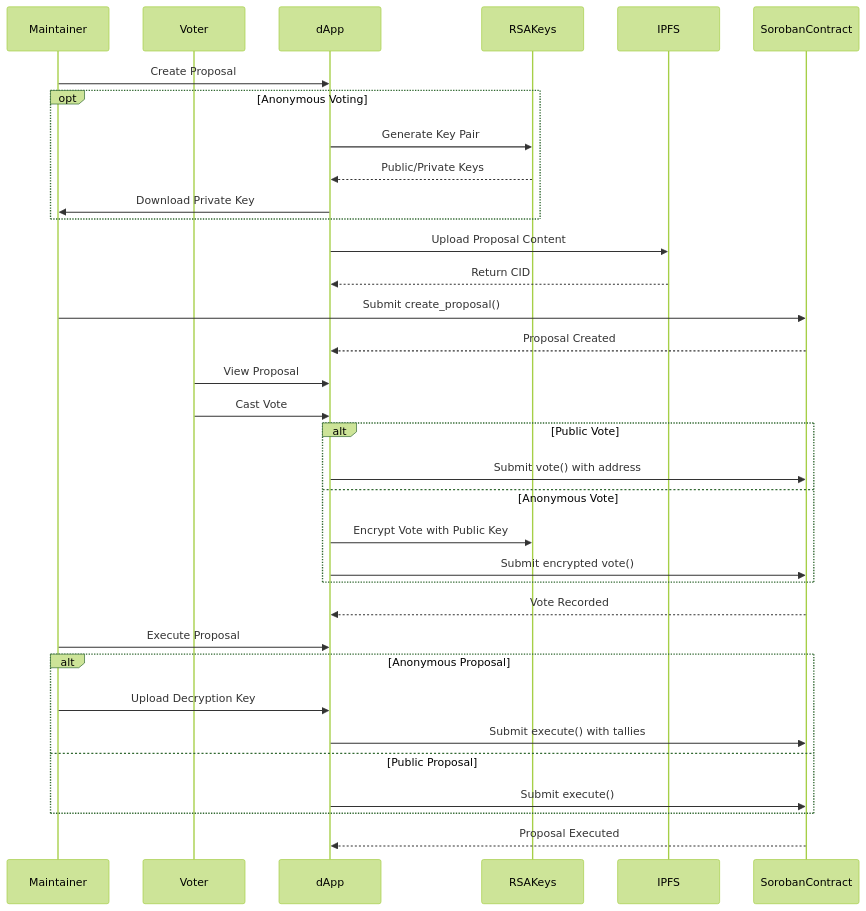
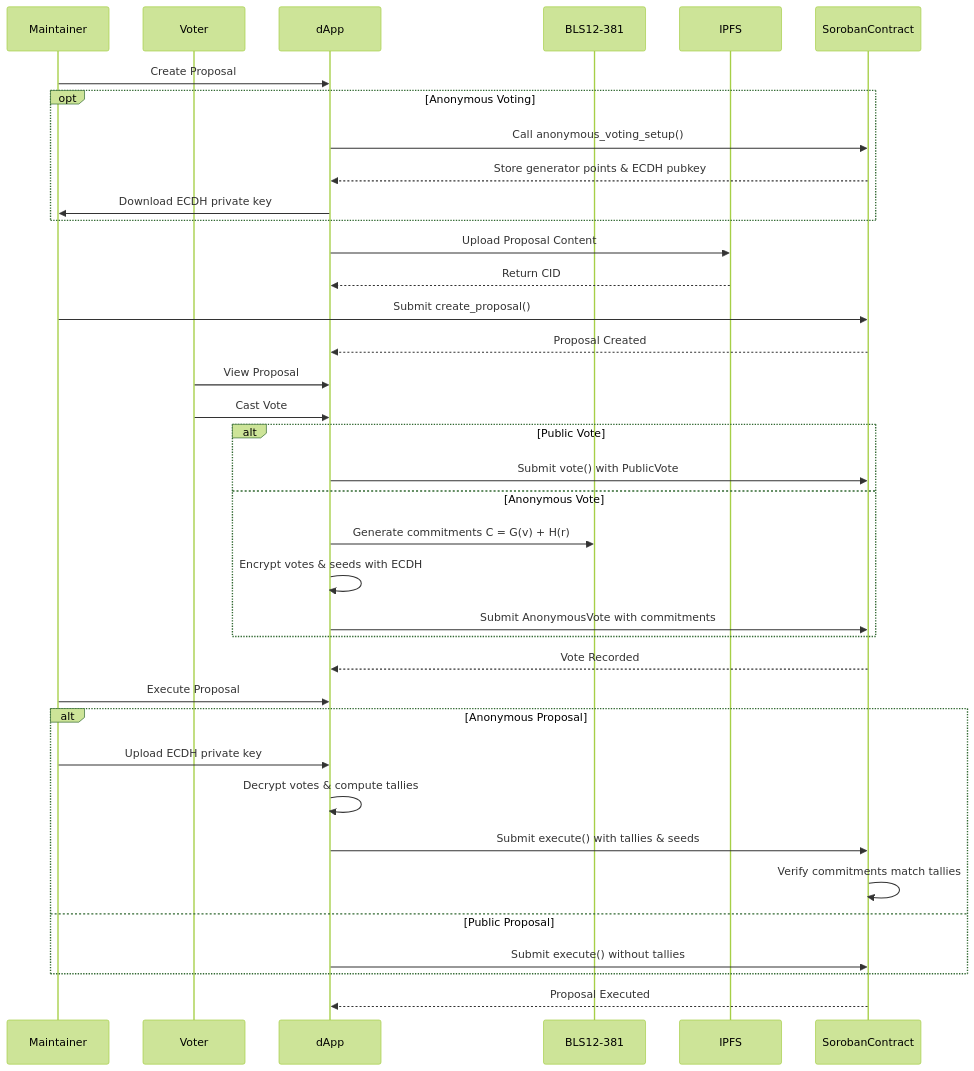
One commit to tupui/soroban-versioning changed the third of 6 diagrams in website/docs/developers/user_flows.mdx. Above: the diagram before and after it, drawn with Mermaid (forest theme). The commit also changed other lines of this file and 31 other files, not shown here.

Commit message:
Update binding, deps, docs and some flows

````diff
--- a/website/docs/developers/user_flows.mdx
+++ b/website/docs/developers/user_flows.mdx
@@ -127,39 +127,42 @@
 ```mermaid
 sequenceDiagram
   participant M as Maintainer
   participant V as Voter
   participant D as dApp
-  participant RSA as RSAKeys
+  participant BLS as BLS12-381
   participant IPFS as IPFS
   participant SC as SorobanContract
 
   M->>D: Create Proposal
   opt Anonymous Voting
-    D->>RSA: Generate Key Pair
-    RSA-->>D: Public/Private Keys
-    D->>M: Download Private Key
+    D->>SC: Call anonymous_voting_setup()
+    SC-->>D: Store generator points & ECDH pubkey
+    D->>M: Download ECDH private key
   end
   D->>IPFS: Upload Proposal Content
   IPFS-->>D: Return CID
   M->>SC: Submit create_proposal()
   SC-->>D: Proposal Created
 
   V->>D: View Proposal
   V->>D: Cast Vote
   alt Public Vote
-    D->>SC: Submit vote() with address
+    D->>SC: Submit vote() with PublicVote
   else Anonymous Vote
-    D->>RSA: Encrypt Vote with Public Key
-    D->>SC: Submit encrypted vote()
+    D->>BLS: Generate commitments C = G(v) + H(r)
+    D->>D: Encrypt votes & seeds with ECDH
+    D->>SC: Submit AnonymousVote with commitments
   end
   SC-->>D: Vote Recorded
 
   M->>D: Execute Proposal
   alt Anonymous Proposal
-    M->>D: Upload Decryption Key
-    D->>SC: Submit execute() with tallies
+    M->>D: Upload ECDH private key
+    D->>D: Decrypt votes & compute tallies
+    D->>SC: Submit execute() with tallies & seeds
+    SC->>SC: Verify commitments match tallies
   else Public Proposal
-    D->>SC: Submit execute()
+    D->>SC: Submit execute() without tallies
   end
   SC-->>D: Proposal Executed
 ```
````
